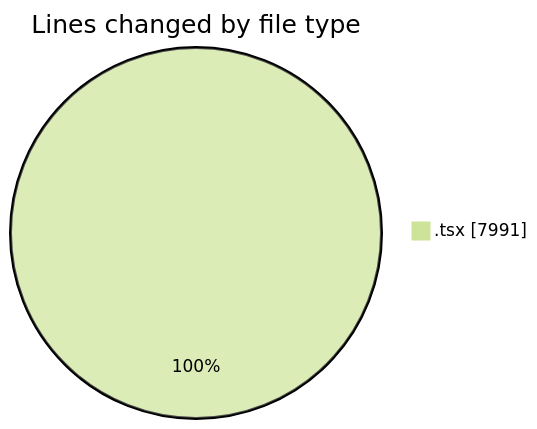
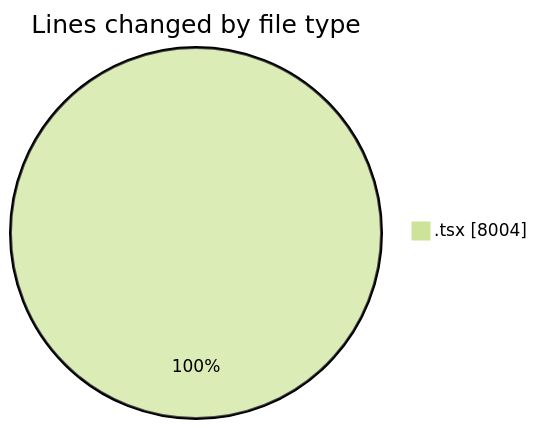
One commit to momahboobian/code-tracking changed the first of 2 diagrams in 2025-12-04/cda/README.md. Above: the diagram before and after it, drawn with Mermaid (forest theme). The commit also changed other lines of this file and 1 other file, not shown here.

````diff
--- a/2025-12-04/cda/README.md
+++ b/2025-12-04/cda/README.md
@@ -29,5 +29,5 @@
 ```mermaid
 pie showData
 title Lines changed by file type
-".tsx" : 7991
+".tsx" : 8004
 ```
````
